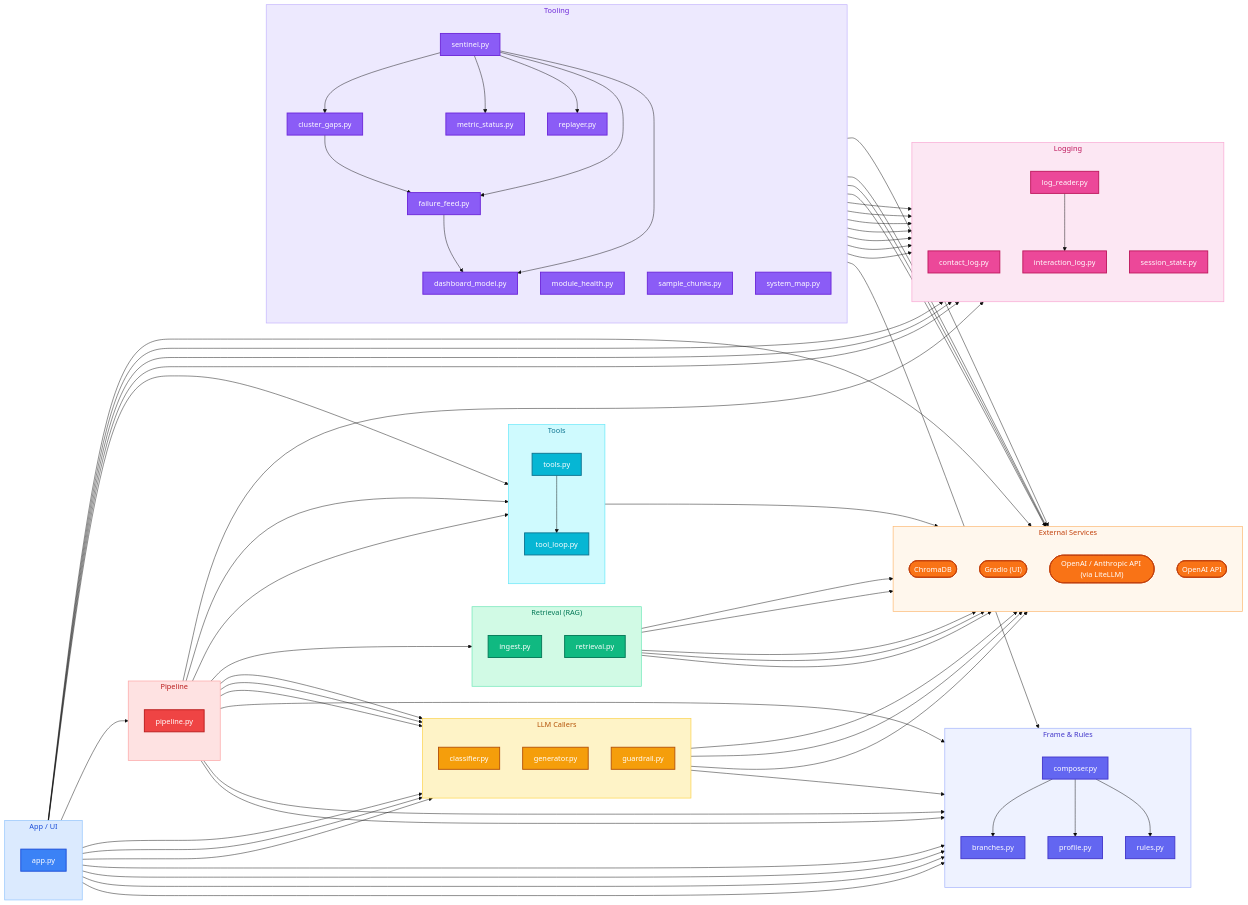
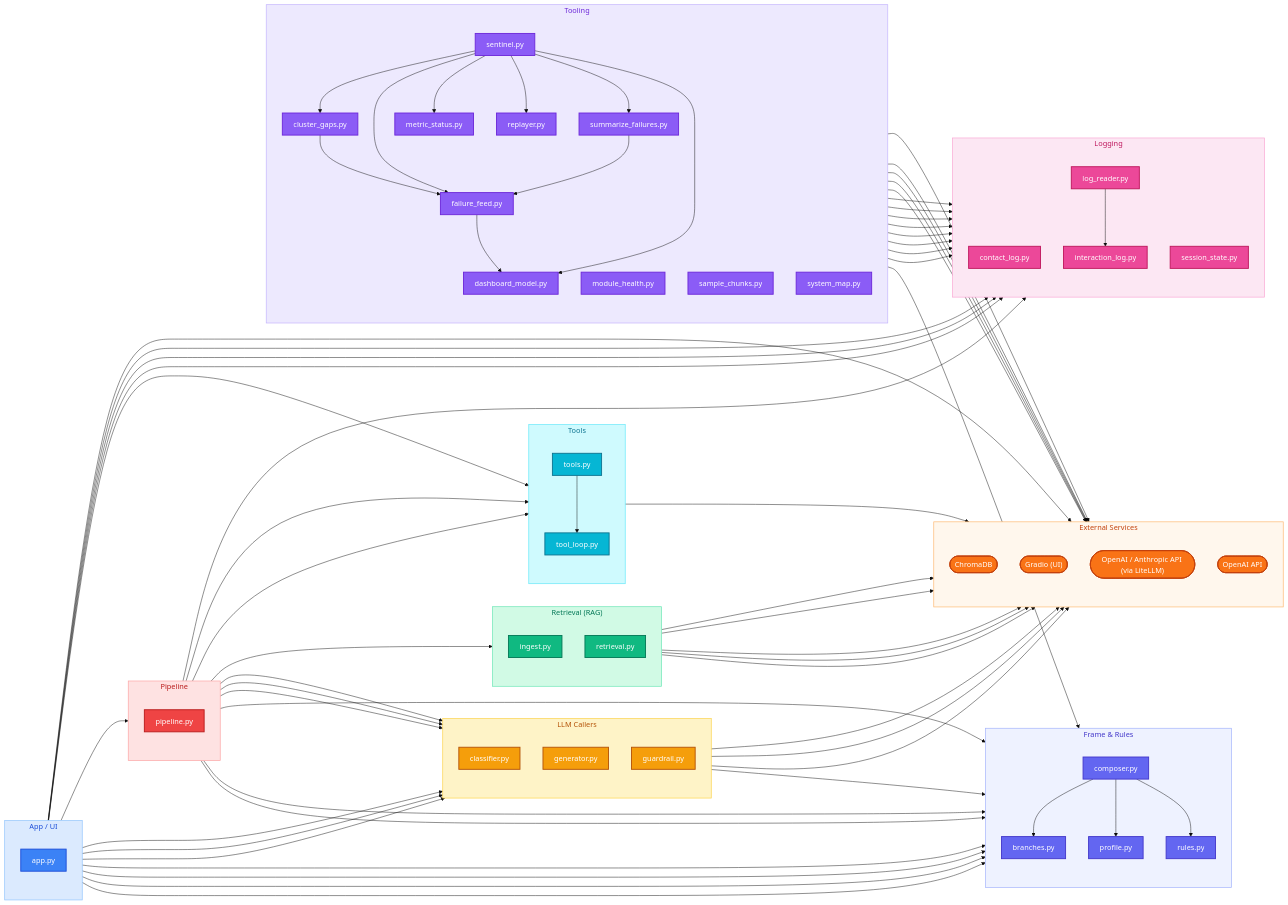
The second of 2 diagrams in docs/MAP.md (AlejandroFuentePinero/digital-twin), drawn with Mermaid (base theme) before and after one commit. The commit also changed other lines of this file and 7 other files, not shown here.

```diff
--- a/docs/MAP.md
+++ b/docs/MAP.md
@@ -144,6 +144,7 @@
     replayer["replayer.py"]:::tooling
     sample_chunks["sample_chunks.py"]:::tooling
     sentinel["sentinel.py"]:::tooling
+    summarize_failures["summarize_failures.py"]:::tooling
     system_map["system_map.py"]:::tooling
   end
 
@@ -192,11 +193,14 @@
   sentinel --> branches
   sentinel --> cluster_gaps
   sentinel --> dashboard_model
+  sentinel --> summarize_failures
   sentinel --> failure_feed
   sentinel --> interaction_log
   sentinel --> log_reader
   sentinel --> metric_status
   sentinel --> replayer
+  summarize_failures --> failure_feed
+  summarize_failures --> interaction_log
   tools --> tool_loop
   app --> ext_Gradio__UI_
   classifier --> ext_OpenAI___Anthropic_API__via_LiteLLM_
@@ -211,6 +215,7 @@
   retrieval --> ext_OpenAI_API
   sample_chunks --> ext_ChromaDB
   sentinel --> ext_Gradio__UI_
+  summarize_failures --> ext_OpenAI___Anthropic_API__via_LiteLLM_
   tools --> ext_OpenAI___Anthropic_API__via_LiteLLM_
 
   style sg_frame fill:#eef2ff,stroke:#a5b4fc,stroke-width:1.5px,color:#4338ca
```
